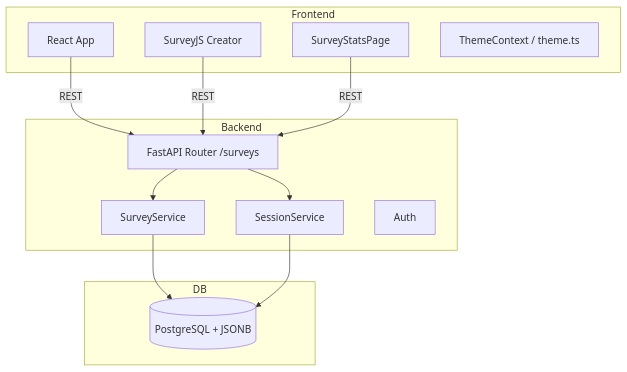
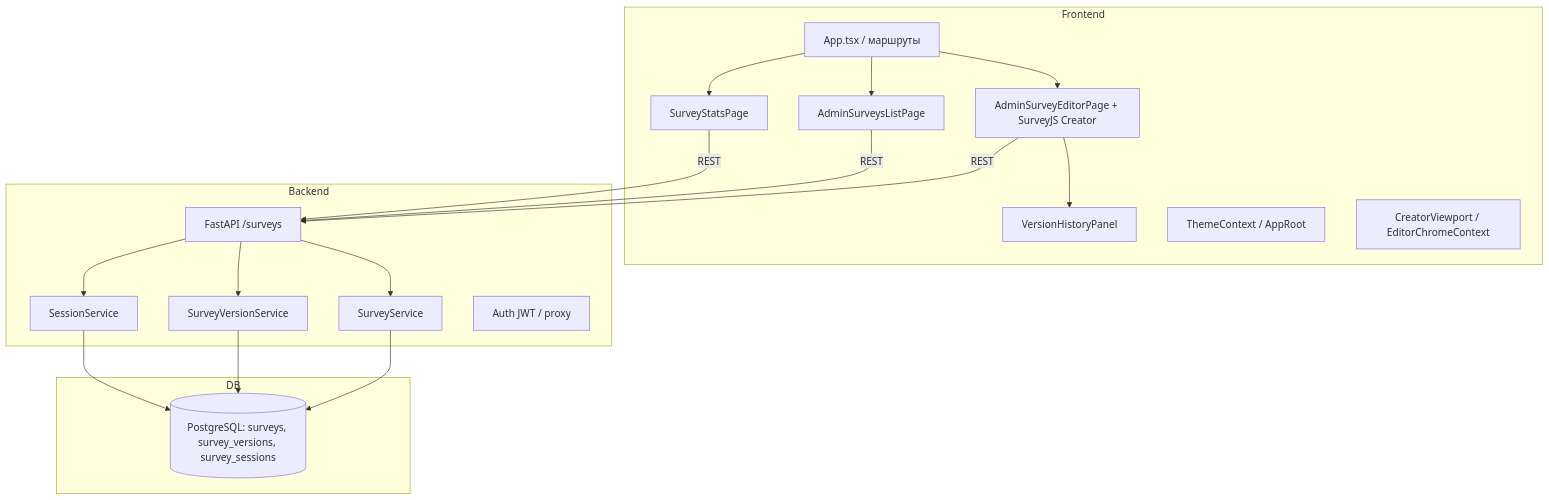
One commit to sanya2905/survey-constructor-service changed the third of 3 diagrams in docs/vkr-podsystema-konstruktor-anketirovaniya.md. Above: the diagram before and after it, drawn with Mermaid. The commit also changed other lines of this file and 2 other files, not shown here.

````diff
--- a/docs/vkr-podsystema-konstruktor-anketirovaniya.md
+++ b/docs/vkr-podsystema-konstruktor-anketirovaniya.md
@@ -117,25 +127,35 @@
 ```mermaid
 graph TB
     subgraph Frontend
-        A[React App]
-        B[SurveyJS Creator]
-        C[SurveyStatsPage]
-        D[ThemeContext / theme.ts]
+        A[App.tsx / маршруты]
+        B[AdminSurveyEditorPage + SurveyJS Creator]
+        C[AdminSurveysListPage]
+        D[SurveyStatsPage]
+        E[VersionHistoryPanel]
+        F[ThemeContext / AppRoot]
+        G[CreatorViewport / EditorChromeContext]
     end
     subgraph Backend
-        E[FastAPI Router /surveys]
-        F[SurveyService]
-        G[SessionService]
-        H[Auth]
+        H[FastAPI /surveys]
+        I[SurveyService]
+        J[SurveyVersionService]
+        K[SessionService]
+        L[Auth JWT / proxy]
     end
     subgraph DB
-        I[(PostgreSQL + JSONB)]
+        M[(PostgreSQL: surveys, survey_versions, survey_sessions)]
     end
-    A -->|REST| E
-    B -->|REST| E
-    C -->|REST| E
-    E --> F
-    E --> G
-    F --> I
-    G --> I
+    A --> B
+    A --> C
+    A --> D
+    B --> E
+    B -->|REST| H
+    C -->|REST| H
+    D -->|REST| H
+    H --> I
+    H --> J
+    H --> K
+    I --> M
+    J --> M
+    K --> M
 ```
````
